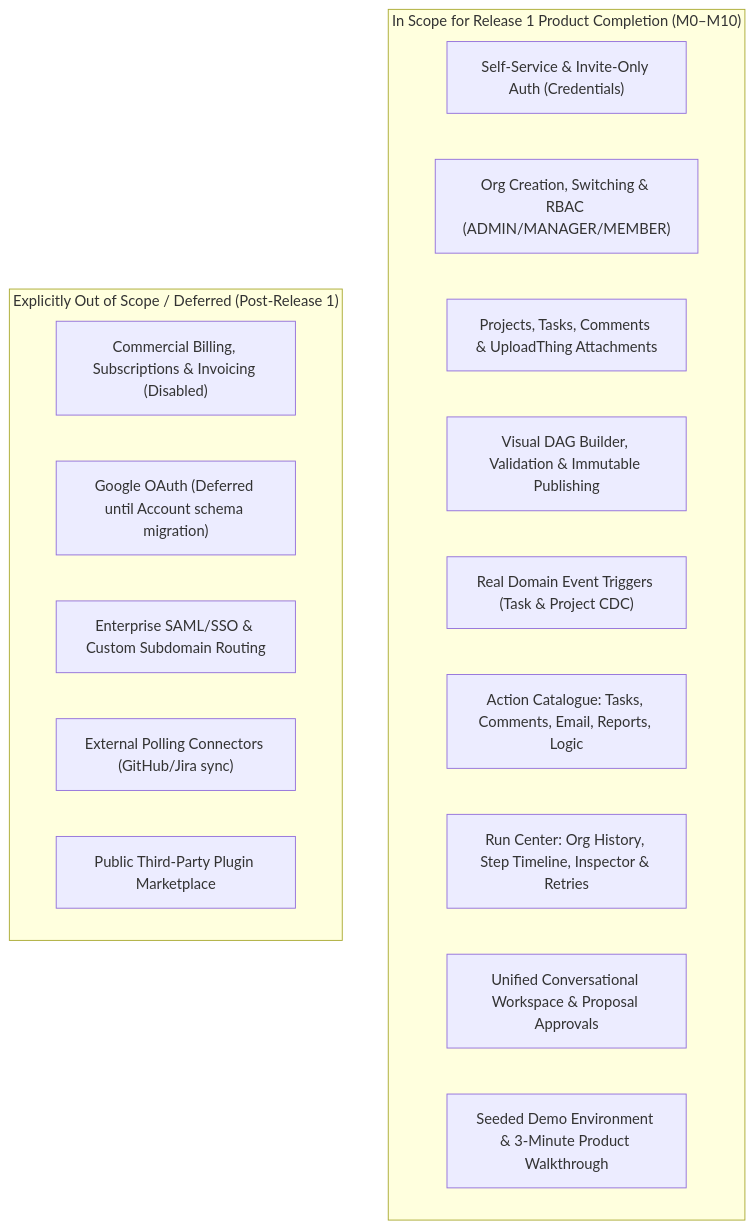
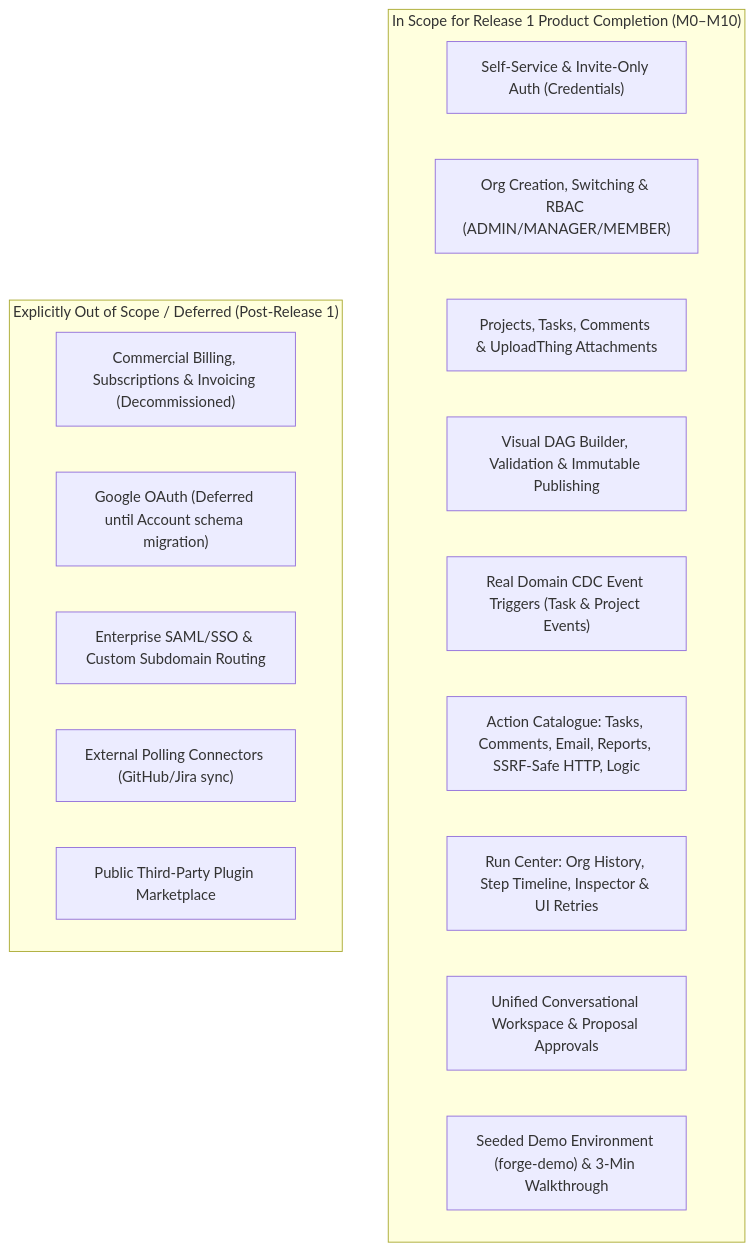
The first of 8 diagrams in forge/docs/product/PRODUCT_COMPLETION_TRACKER.md (Mayur11code/Forge), drawn with Mermaid before and after one commit. The commit also changed other lines of this file, not shown here.

Commit message:
docs(product): finalize authoritative completion tracker with dynamic gates and visual dependencies

````diff
--- a/forge/docs/product/PRODUCT_COMPLETION_TRACKER.md
+++ b/forge/docs/product/PRODUCT_COMPLETION_TRACKER.md
@@ -26,22 +27,22 @@
 ```mermaid
 flowchart TD
     subgraph IN_SCOPE["In Scope for Release 1 Product Completion (M0–M10)"]
         AUTH["Self-Service & Invite-Only Auth (Credentials)"]
         ORG["Org Creation, Switching & RBAC (ADMIN/MANAGER/MEMBER)"]
         WORK["Projects, Tasks, Comments & UploadThing Attachments"]
         BUILDER["Visual DAG Builder, Validation & Immutable Publishing"]
-        TRIGGERS["Real Domain Event Triggers (Task & Project CDC)"]
-        ACTIONS["Action Catalogue: Tasks, Comments, Email, Reports, Logic"]
-        MONITOR["Run Center: Org History, Step Timeline, Inspector & Retries"]
+        TRIGGERS["Real Domain CDC Event Triggers (Task & Project Events)"]
+        ACTIONS["Action Catalogue: Tasks, Comments, Email, Reports, SSRF-Safe HTTP, Logic"]
+        MONITOR["Run Center: Org History, Step Timeline, Inspector & UI Retries"]
         AI["Unified Conversational Workspace & Proposal Approvals"]
-        DEMO["Seeded Demo Environment & 3-Minute Product Walkthrough"]
+        DEMO["Seeded Demo Environment (forge-demo) & 3-Min Walkthrough"]
     end
 
     subgraph OUT_OF_SCOPE["Explicitly Out of Scope / Deferred (Post-Release 1)"]
-        BILLING["Commercial Billing, Subscriptions & Invoicing (Disabled)"]
+        BILLING["Commercial Billing, Subscriptions & Invoicing (Decommissioned)"]
         OAUTH["Google OAuth (Deferred until Account schema migration)"]
         ENTERPRISE["Enterprise SAML/SSO & Custom Subdomain Routing"]
         COMPLEX_POLL["External Polling Connectors (GitHub/Jira sync)"]
         MARKETPLACE["Public Third-Party Plugin Marketplace"]
     end
 ```
````
